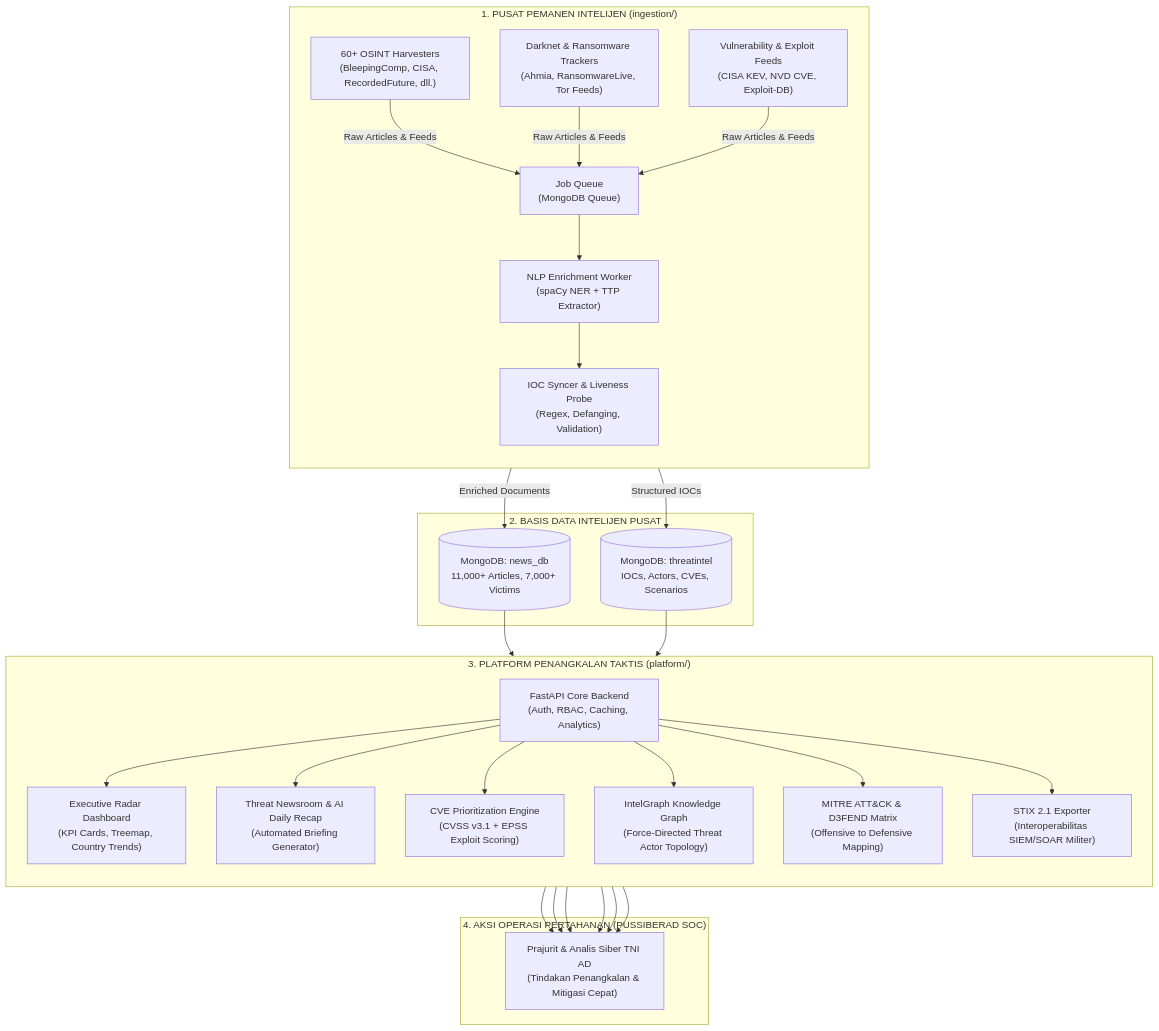
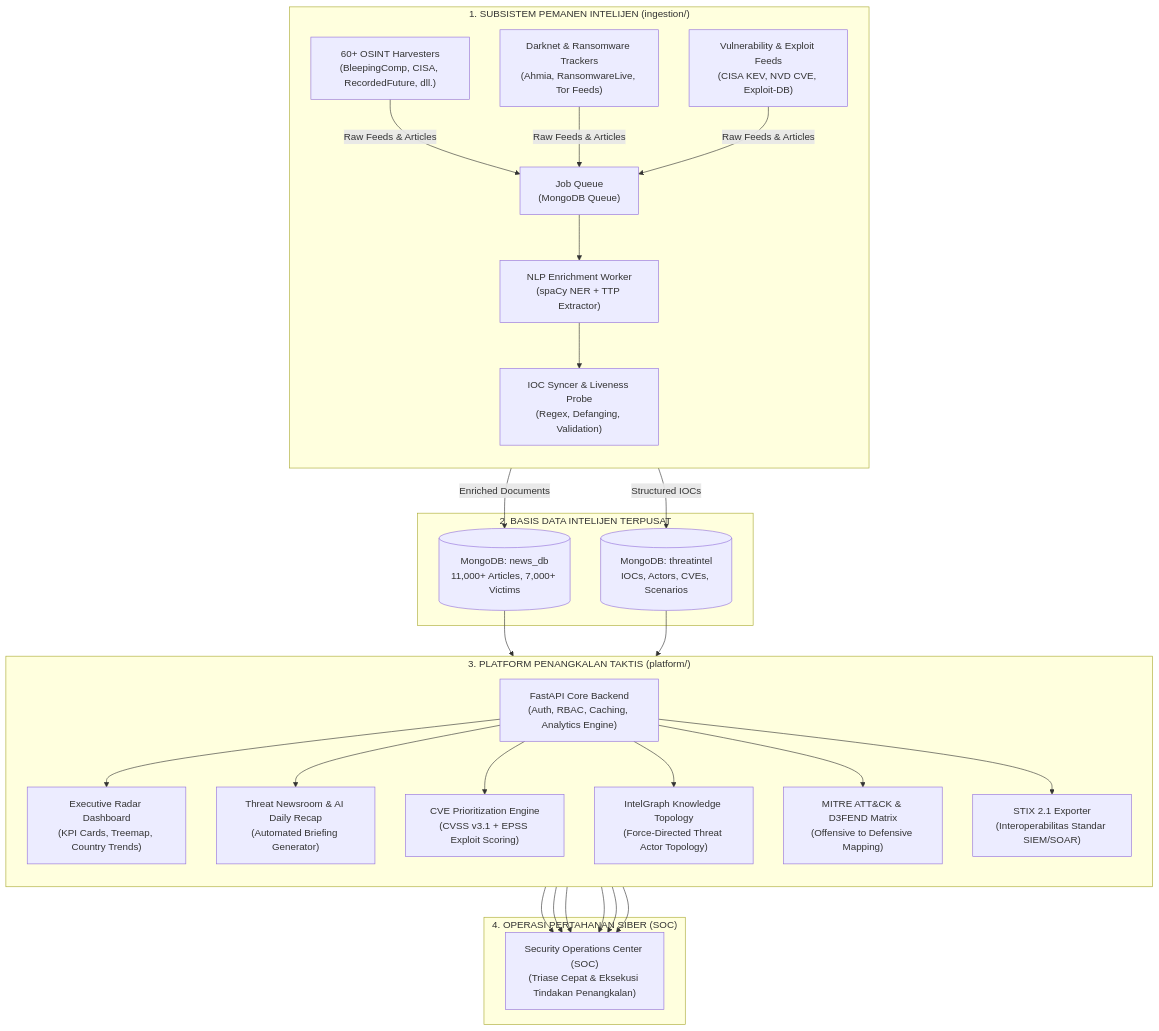
Before and after one commit to IchsanJunaedi/cti-nexus: the diagram in README.md, drawn with Mermaid. The commit also changed other lines of this file, not shown here.

Commit message:
docs: Refine README with clean, defense-grade product framing

````diff
--- a/README.md
+++ b/README.md
@@ -32,33 +31,33 @@
 ```mermaid
 flowchart TD
-    subgraph IngestionSubsystem["1. PUSAT PEMANEN INTELIJEN (ingestion/)"]
+    subgraph IngestionSubsystem["1. SUBSISTEM PEMANEN INTELIJEN (ingestion/)"]
         direction TB
         A1["60+ OSINT Harvesters<br/>(BleepingComp, CISA, RecordedFuture, dll.)"]
         A2["Darknet & Ransomware Trackers<br/>(Ahmia, RansomwareLive, Tor Feeds)"]
         A3["Vulnerability & Exploit Feeds<br/>(CISA KEV, NVD CVE, Exploit-DB)"]
         
-        A1 & A2 & A3 -->|Raw Articles & Feeds| B["Job Queue<br/>(MongoDB Queue)"]
+        A1 & A2 & A3 -->|Raw Feeds & Articles| B["Job Queue<br/>(MongoDB Queue)"]
         B --> C["NLP Enrichment Worker<br/>(spaCy NER + TTP Extractor)"]
         C --> D["IOC Syncer & Liveness Probe<br/>(Regex, Defanging, Validation)"]
     end
 
-    subgraph DataStorage["2. BASIS DATA INTELIJEN PUSAT"]
+    subgraph DataStorage["2. BASIS DATA INTELIJEN TERPUSAT"]
         D -->|Enriched Documents| M1[("MongoDB: news_db<br/>11,000+ Articles, 7,000+ Victims")]
         D -->|Structured IOCs| M2[("MongoDB: threatintel<br/>IOCs, Actors, CVEs, Scenarios")]
     end
 
     subgraph PlatformSubsystem["3. PLATFORM PENANGKALAN TAKTIS (platform/)"]
         direction TB
-        M1 & M2 --> E["FastAPI Core Backend<br/>(Auth, RBAC, Caching, Analytics)"]
+        M1 & M2 --> E["FastAPI Core Backend<br/>(Auth, RBAC, Caching, Analytics Engine)"]
         E --> F1["Executive Radar Dashboard<br/>(KPI Cards, Treemap, Country Trends)"]
         E --> F2["Threat Newsroom & AI Daily Recap<br/>(Automated Briefing Generator)"]
         E --> F3["CVE Prioritization Engine<br/>(CVSS v3.1 + EPSS Exploit Scoring)"]
-        E --> F4["IntelGraph Knowledge Graph<br/>(Force-Directed Threat Actor Topology)"]
+        E --> F4["IntelGraph Knowledge Topology<br/>(Force-Directed Threat Actor Topology)"]
         E --> F5["MITRE ATT&CK & D3FEND Matrix<br/>(Offensive to Defensive Mapping)"]
-        E --> F6["STIX 2.1 Exporter<br/>(Interoperabilitas SIEM/SOAR Militer)"]
+        E --> F6["STIX 2.1 Exporter<br/>(Interoperabilitas Standar SIEM/SOAR)"]
     end
 
-    subgraph DefenseOps["4. AKSI OPERASI PERTAHANAN (PUSSIBERAD SOC)"]
-        F1 & F2 & F3 & F4 & F5 & F6 --> G["Prajurit & Analis Siber TNI AD<br/>(Tindakan Penangkalan & Mitigasi Cepat)"]
+    subgraph DefenseOps["4. OPERASI PERTAHANAN SIBER (SOC)"]
+        F1 & F2 & F3 & F4 & F5 & F6 --> G["Security Operations Center (SOC)<br/>(Triase Cepat & Eksekusi Tindakan Penangkalan)"]
     end
 ```
````
